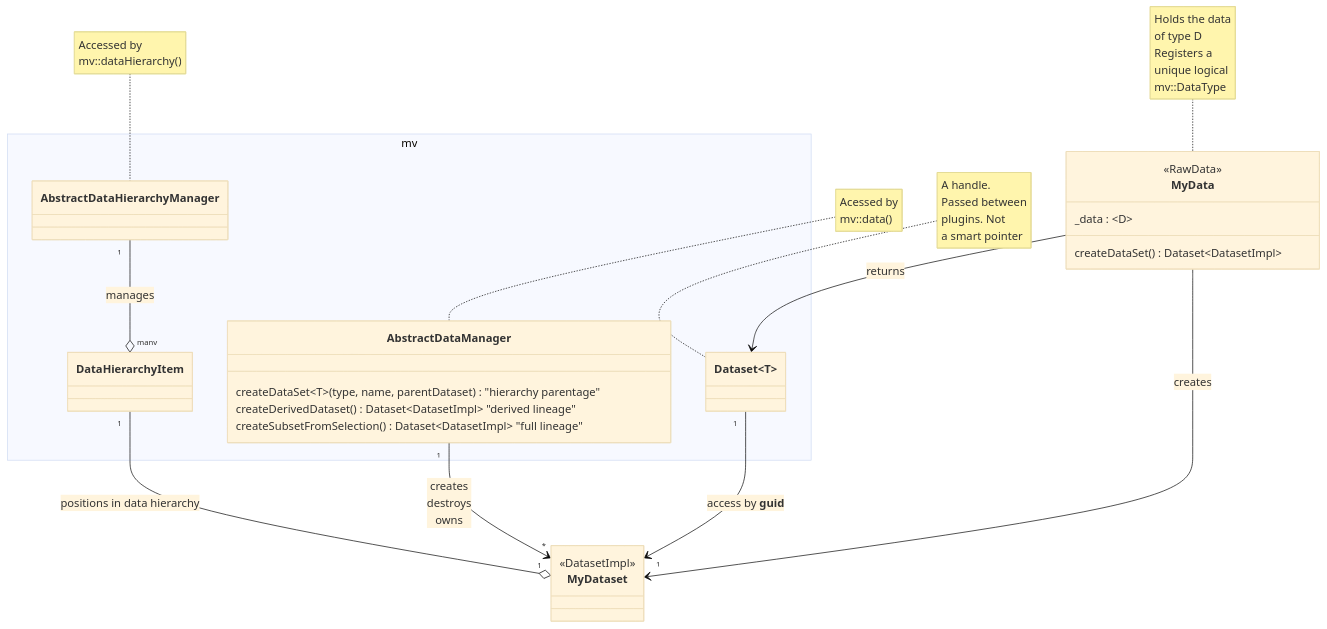
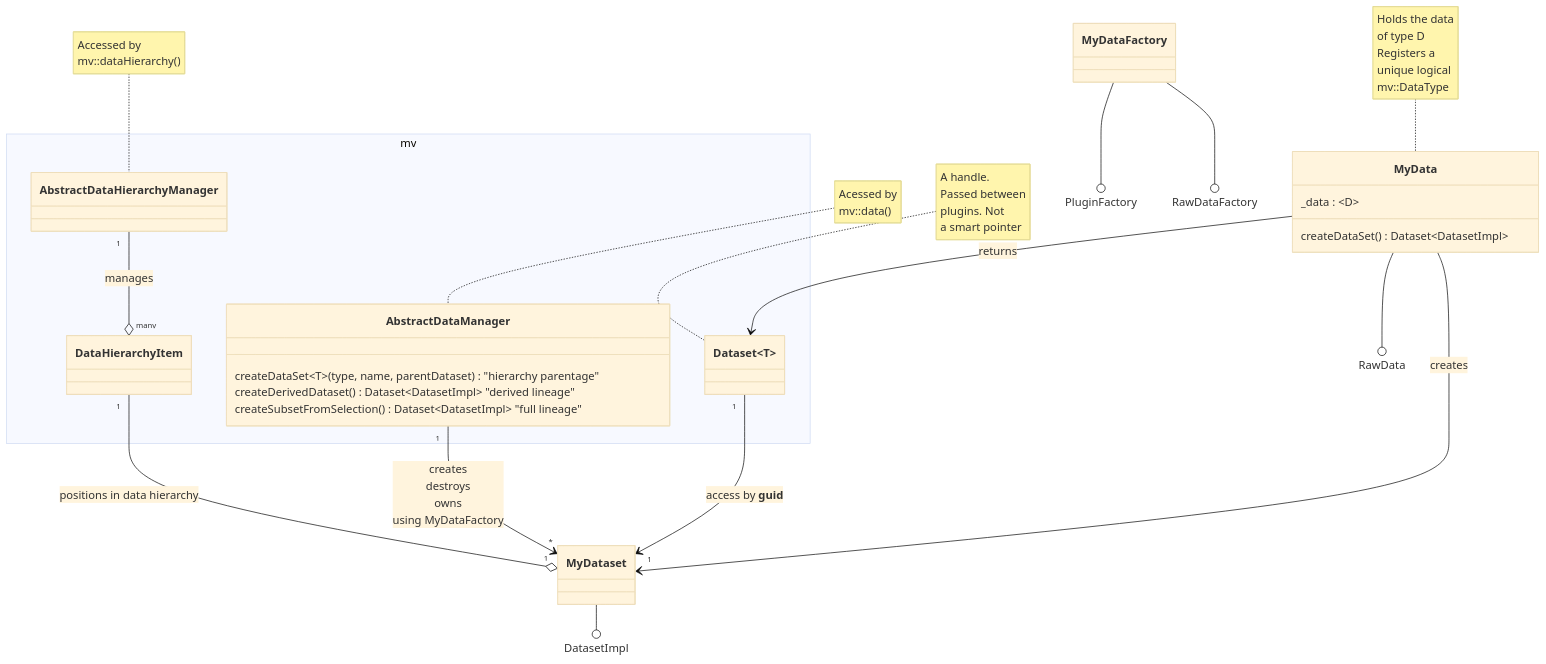
The diagram in README.md (ManiVaultStudio/FooData), drawn with Mermaid (base theme) before and after one commit.

Commit message:
Update diagram with the PluginFactory

````diff
--- a/README.md
+++ b/README.md
@@ -12,67 +12,72 @@
 ```mermaid
 %%{init: {"fontFamily": "Helvetica"}}%%
 
 classDiagram
 
 note for AbstractDataManager "Acessed by <br/> mv\:\:data()"
 note for AbstractDataHierarchyManager "Accessed by <br/> mv\:\:dataHierarchy()"
 note for Dataset "A handle. <br/>Passed between <br/> plugins. Not<br/>a smart pointer"
 note for MyData "Holds the data <br/> of type D<br/> Registers a <br/>unique logical <br/>mv\:\:DataType"
 
 namespace mv {
  class AbstractDataManager {
   createDataSet~T~(type, name, parentDataset) "hierarchy parentage"
   createDerivedDataset() Dataset~DatasetImpl~ "derived lineage"
   createSubsetFromSelection() Dataset~DatasetImpl~ "full lineage"
  }
 
  class AbstractDataHierarchyManager {
 
  }
 }
 
+  class MyDataFactory  {
+
+  }
+  MyDataFactory --() PluginFactory
+  MyDataFactory --() RawDataFactory
+
  class MyData {
-  <<RawData>>
   _data : ~D~
   createDataSet() Dataset~DatasetImpl~ 
+ }
 
+  MyData --() RawData
+
+ class MyDataset {
 
  }
 
- class MyDataset {
-  <<DatasetImpl>>
-
- }
+  MyDataset --() DatasetImpl
 
 namespace mv {
  class DataHierarchyItem {
-
  }
 }
 
 namespace mv {
   class Dataset~T~ {
 
   }
 }
 
 
- AbstractDataManager "1"--> "*" MyDataset : creates<br/> destroys<br/> owns 
+ AbstractDataManager "1"--> "*" MyDataset : creates<br/> destroys<br/> owns </br> using MyDataFactory 
  AbstractDataHierarchyManager "1" --o "many" DataHierarchyItem : manages
  DataHierarchyItem "1" --o "1" MyDataset : positions in data hierarchy
  MyData --> MyDataset : creates
   MyData --> Dataset : returns
  Dataset~T~ "1" --> "1" MyDataset : access by **guid**
 
 click AbstractDataManager href "https://manivault.readthedocs.io/en/latest/development/building_plugins/data/mental_model.html#three-independent-relationships" "Data set relationships"
 
 click AbstractDataHierarchyManager href "https://manivault.readthedocs.io/en/latest/api/core/managers/abstract_data_hierarchy_manager.html" "API"
 
 click MyData href "https://manivault.readthedocs.io/en/latest/api/core/data/raw_data.html" "API"
 
 click DataHierarchyItem href "https://manivault.readthedocs.io/en/latest/api/core/data/data_hierarchy_item.html" "API"
 
 click Dataset href "https://manivault.readthedocs.io/en/latest/api/core/data/dataset.html" "API"
 
 click MyDataset href "https://manivault.readthedocs.io/en/latest/api/core/data/dataset_impl.html" "API"
 ```
````
